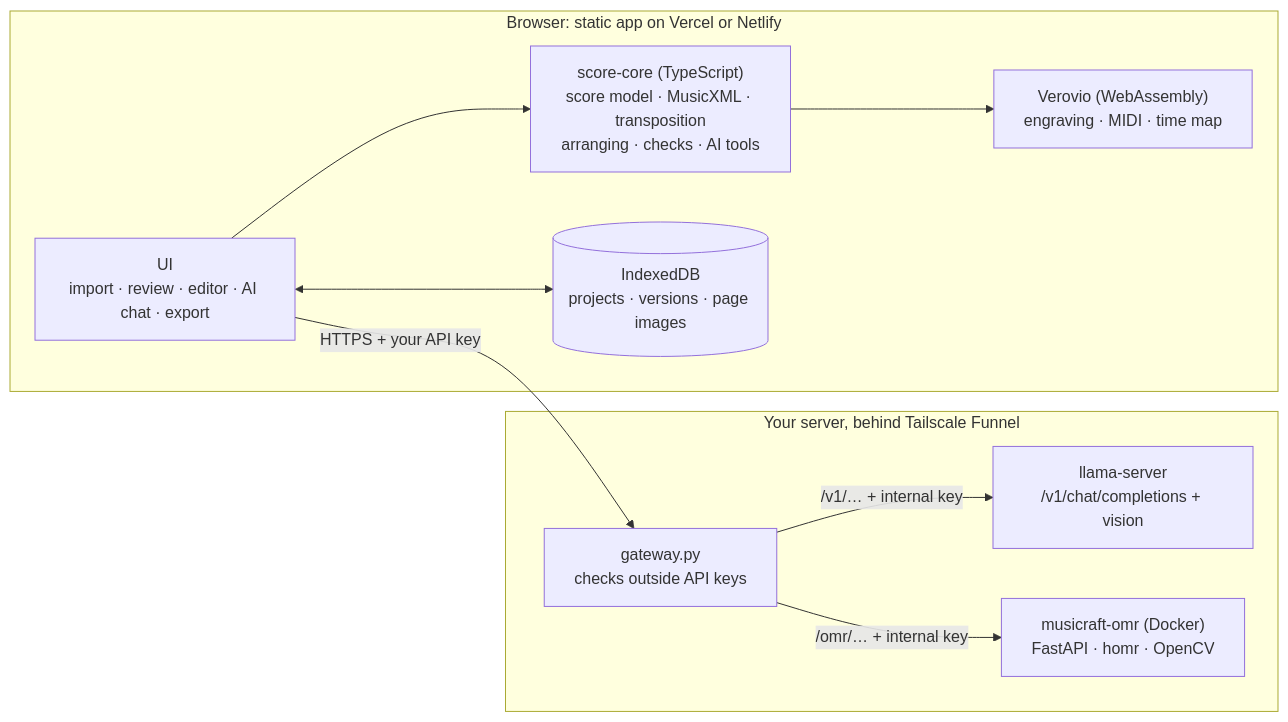
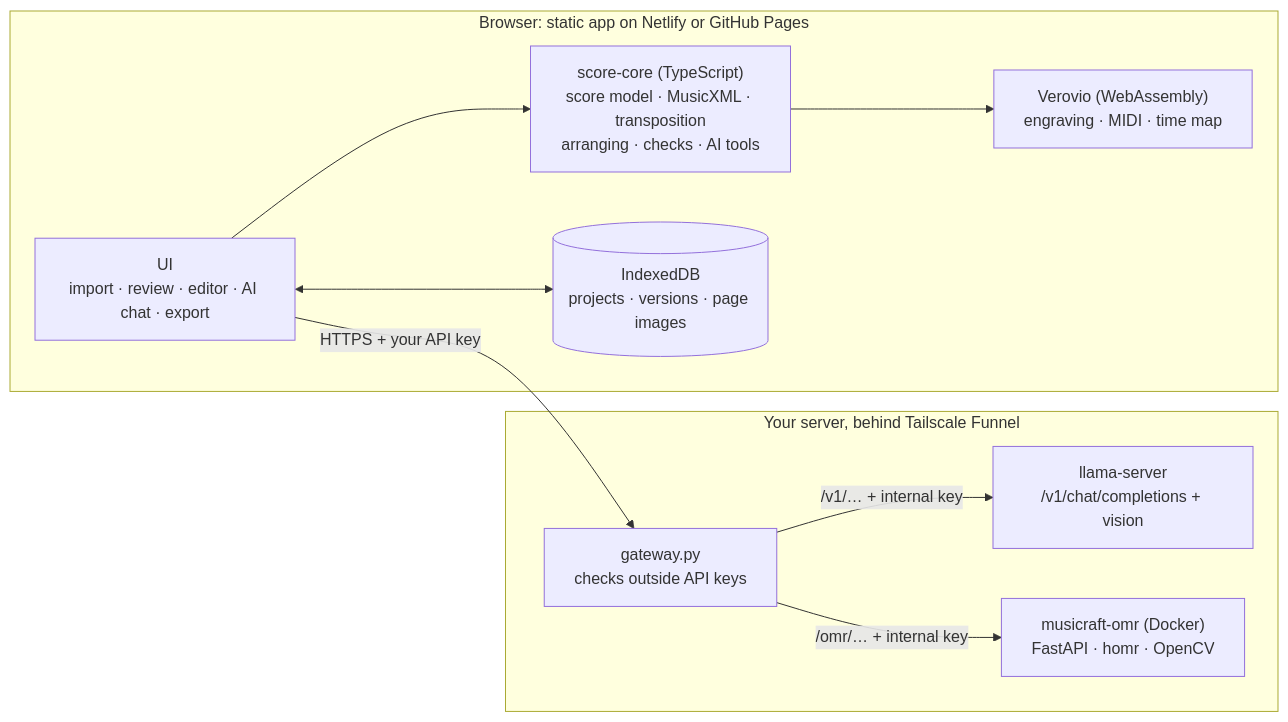
Before and after one commit to misterclarity/musicraft: the diagram in docs/PLAN.md, drawn with Mermaid. The commit also changed other lines of this file and 13 other files, not shown here.

First line of the commit message:
Deploy to Netlify or GitHub Pages

````diff
--- a/docs/PLAN.md
+++ b/docs/PLAN.md
@@ -93,19 +93,19 @@
 ```mermaid
 flowchart LR
-  subgraph B["Browser: static app on Vercel or Netlify"]
+  subgraph B["Browser: static app on Netlify or GitHub Pages"]
     UI["UI<br/>import · review · editor · AI chat · export"]
     CORE["score-core (TypeScript)<br/>score model · MusicXML · transposition<br/>arranging · checks · AI tools"]
     VRV["Verovio (WebAssembly)<br/>engraving · MIDI · time map"]
     IDB[("IndexedDB<br/>projects · versions · page images")]
   end
   subgraph S["Your server, behind Tailscale Funnel"]
     GW["gateway.py<br/>checks outside API keys"]
     LLM["llama-server<br/>/v1/chat/completions + vision"]
     OMR["musicraft-omr (Docker)<br/>FastAPI · homr · OpenCV"]
   end
   UI --> CORE --> VRV
   UI <--> IDB
   UI -->|"HTTPS + your API key"| GW
   GW -->|"/v1/… + internal key"| LLM
   GW -->|"/omr/… + internal key"| OMR
 ```
````
